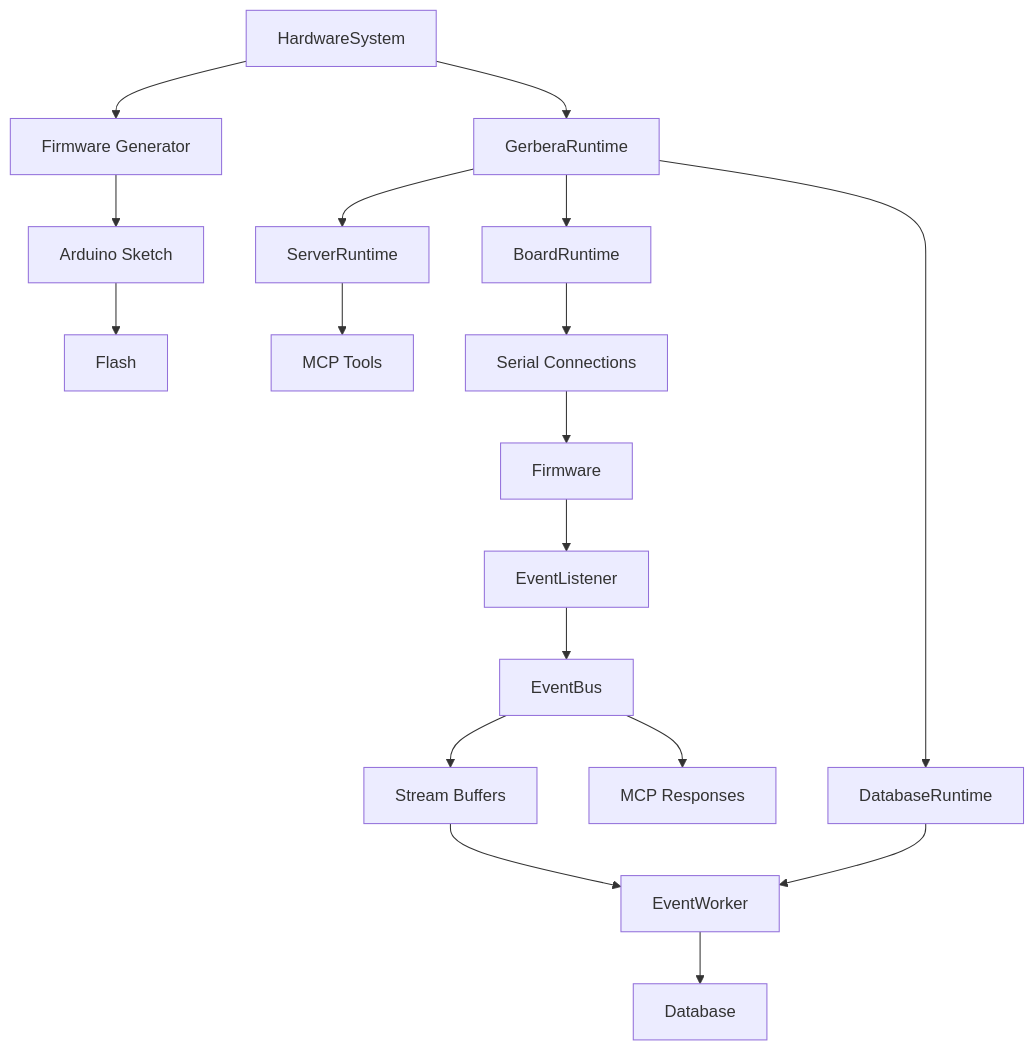
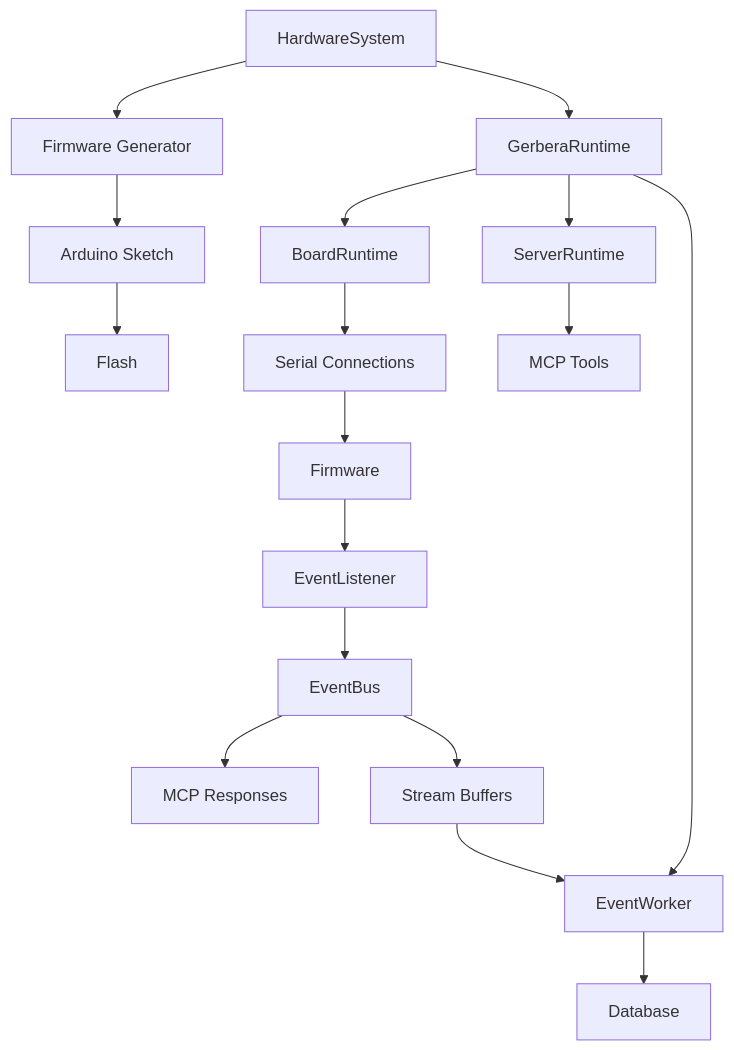
The diagram in src/gerbera_sdk/README.md (BaronLiu1993/gerbera), drawn with Mermaid before and after one commit. The commit also changed other lines of this file and 27 other files, not shown here.

````diff
--- a/src/gerbera_sdk/README.md
+++ b/src/gerbera_sdk/README.md
@@ -46,20 +46,19 @@
 ```mermaid
 flowchart TD
     A[HardwareSystem] --> B[Firmware Generator]
     B --> C[Arduino Sketch]
     C --> D[Flash]
     A --> E[GerberaRuntime]
     E --> F[BoardRuntime]
     E --> G[ServerRuntime]
-    E --> Q[DatabaseRuntime]
+    E --> Q[EventWorker]
     G --> H[MCP Tools]
     F --> I[Serial Connections]
     I --> J[Firmware]
     J --> K[EventListener]
     K --> L[EventBus]
     L --> M[MCP Responses]
     L --> N[Stream Buffers]
-    N --> O[EventWorker]
-    Q --> O
-    O --> P[Database]
+    N --> Q
+    Q --> P[Database]
 ```
````
